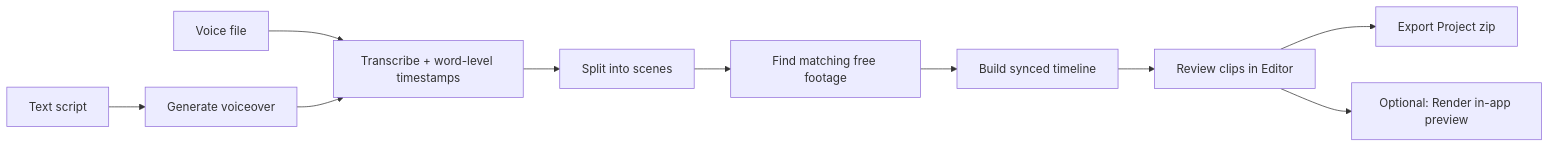
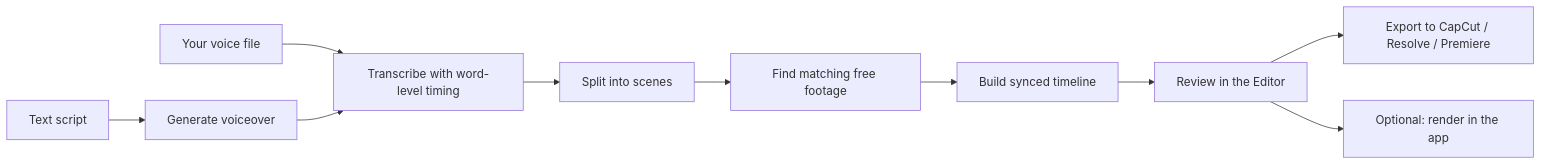
Before and after one commit to Farhaal/YT-Automation-tool: the diagram in README.md, drawn with Mermaid. The commit also changed other lines of this file and 3 other files, not shown here.

````diff
--- a/README.md
+++ b/README.md
@@ -48,11 +54,11 @@
 ```mermaid
 flowchart LR
-    A[Voice file] --> C[Transcribe + word-level timestamps]
+    A[Your voice file] --> C[Transcribe with word-level timing]
     B[Text script] --> T[Generate voiceover] --> C
     C --> D[Split into scenes]
     D --> E[Find matching free footage]
     E --> F[Build synced timeline]
-    F --> G[Review clips in Editor]
-    G --> H[Export Project zip]
-    G --> I[Optional: Render in-app preview]
+    F --> G[Review in the Editor]
+    G --> H[Export to CapCut / Resolve / Premiere]
+    G --> I[Optional: render in the app]
 ```
````
